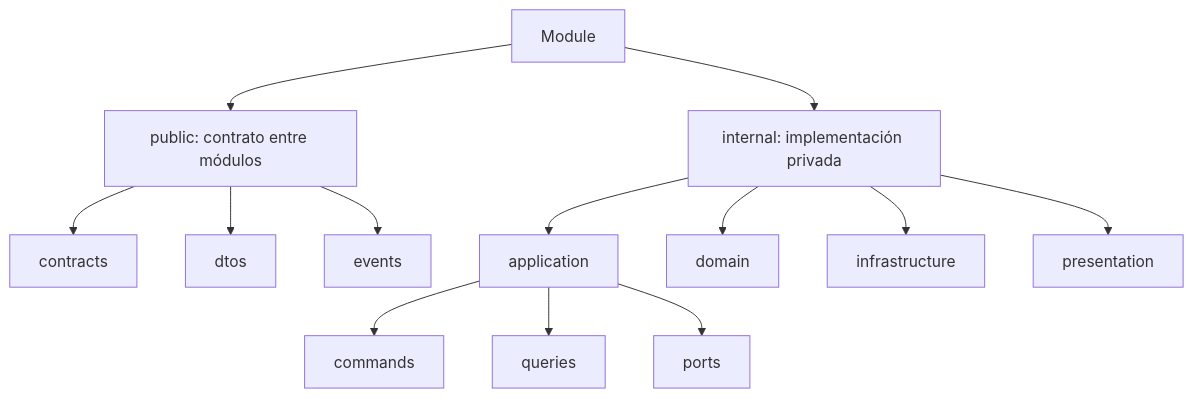
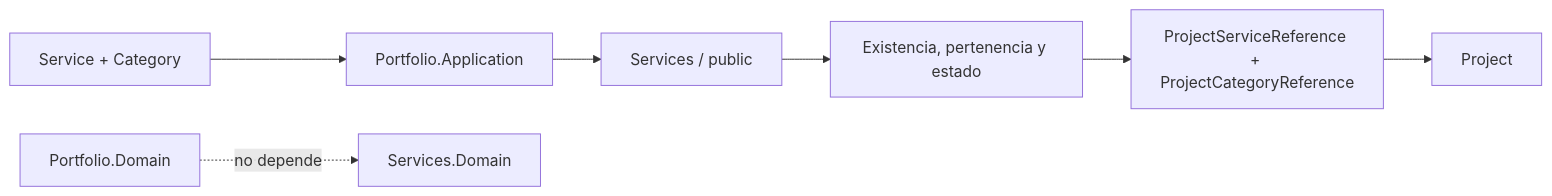
Before and after one commit to cromaticacreativa/project-cromaticacreativa-web: the fifth of 18 diagrams in docs/ARCHITECTURE.md, drawn with Mermaid. The commit also changed other lines of this file and 118 other files, not shown here.

````diff
--- a/docs/ARCHITECTURE.md
+++ b/docs/ARCHITECTURE.md
@@ -115,15 +259,9 @@
 ```mermaid
-flowchart TD
-    module["Module"] --> public["public: contrato entre módulos"]
-    module --> internal["internal: implementación privada"]
-    public --> contract["contracts"]
-    public --> dto["dtos"]
-    public --> event["events"]
-    internal --> application["application"]
-    internal --> domain["domain"]
-    application --> commands["commands"]
-    application --> queries["queries"]
-    application --> ports["ports"]
-    internal --> infrastructure["infrastructure"]
-    internal --> presentation["presentation"]
+flowchart LR
+    input["Service + Category"] --> portfolioApp["Portfolio.Application"]
+    portfolioApp --> servicesPublic["Services / public"]
+    servicesPublic --> validation["Existencia, pertenencia y estado"]
+    validation --> references["ProjectServiceReference + ProjectCategoryReference"]
+    references --> project["Project"]
+    portfolioDomain["Portfolio.Domain"] -. "no depende" .-> servicesDomain["Services.Domain"]
 ```
````
